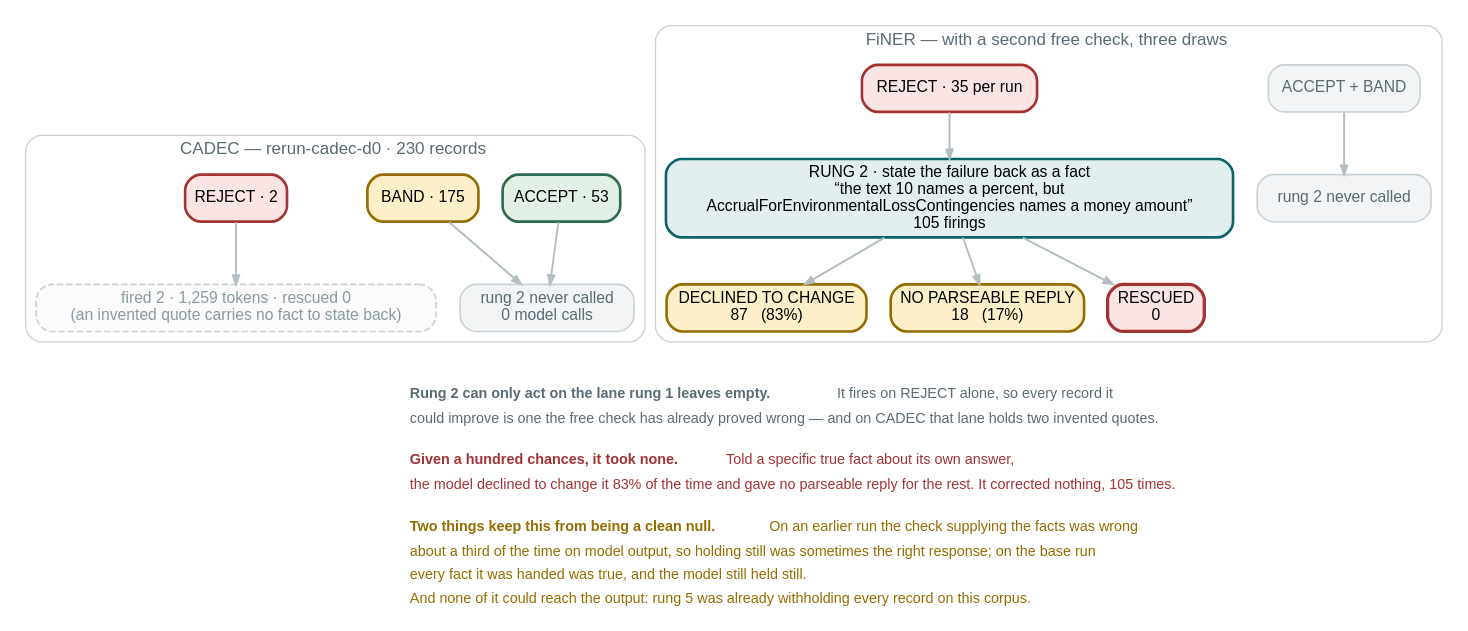
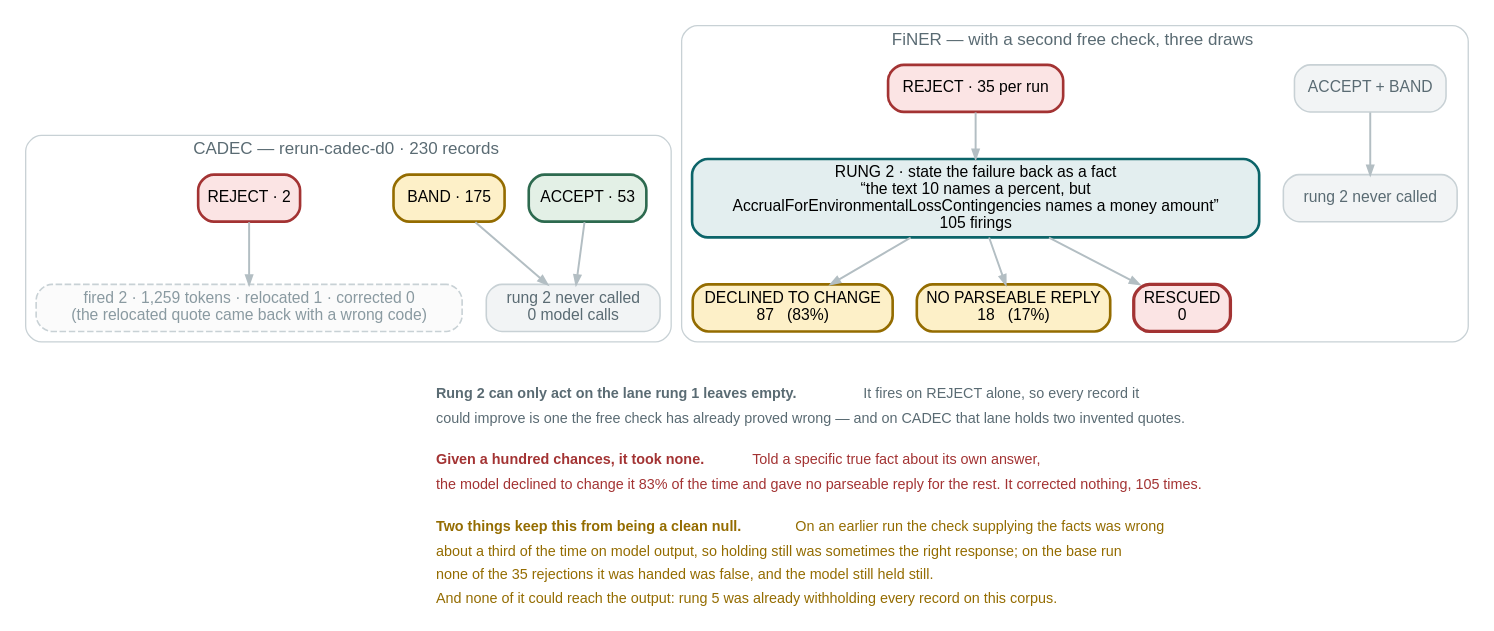
The diagram in docs/figures/fig13-rung2.dot (wbagais/reliability-ladder), drawn with Graphviz before and after one commit. The commit also changed 9 other files, not shown here.

Commit message:
Two-corpus article: the same audit — CADEC corrections ported; FiNER's type-check gold numbers were the test split's (dev: 89.7% typed, 2.7% false rejections), the 47.6 example was outside the dev split, 19.5→Revenues is post-vote, 12 synonyms per concept is one concept; four figures corrected

```diff
--- a/docs/figures/fig13-rung2.dot
+++ b/docs/figures/fig13-rung2.dot
@@ -1,61 +1,61 @@
 // Rung 2 on both corpora. It reads rung 1's verdict and fires on REJECT alone
 // (r2.py:347 — `if verdict != ZONE_REJECT or reason not in cfg["correctable"]`),
 // so ACCEPT and BAND are never touched: no model call, no possible change.
 //
 // CADEC: rerun-cadec-d0, rung 1 lanes as fig10. REJECT holds two invented
-// quotes; rung 2 fired twice (1,259 tokens) and rescued neither.
+// quotes; rung 2 fired twice (1,259 tokens), relocated one quote into BAND with a wrong code, corrected neither.
 // FiNER: the rung 7 arm replayed over the three base draws (rerun-finer-d{0,1,2}-typecheck)
 // — the only configuration in which rung 2 has a real trigger set. 105 firings, 0 rescued.
 //
 // COLOUR KEY — the article's zone colours, unchanged:
 //   green ACCEPT · amber BAND · red REJECT · teal a model runs here
 digraph rung2 {
   rankdir=TB; bgcolor="white";
   node [shape=box style="filled,rounded" fontname="Helvetica" fontsize=12
         color="#c8d1d5" penwidth=1.2];
   edge [color="#b3bec3" penwidth=1.5 arrowsize=0.7 fontname="Helvetica" fontsize=10];
 
   subgraph cluster_c {
     label="  CADEC — rerun-cadec-d0 · 230 records  "; fontname="Helvetica"; fontsize=13;
     color="#c8d1d5"; style=rounded; fontcolor="#5a6b73";
     ca [label="ACCEPT · 53" fillcolor="#e3f0e6" color="#2d6a4f" penwidth=2];
     cb [label="BAND · 175" fillcolor="#fdf0c8" color="#946c00" penwidth=2];
     cr [label="REJECT · 2" fillcolor="#fbe4e4" color="#a33333" penwidth=2];
     cskip [label="rung 2 never called\n0 model calls" fillcolor="#f2f4f5" fontcolor="#5a6b73"];
-    cfire [label="fired 2 · 1,259 tokens · rescued 0\n(an invented quote carries no fact to state back)" fillcolor="#fbfbfb" fontcolor="#8a9aa1" style="filled,rounded,dashed"];
+    cfire [label="fired 2 · 1,259 tokens · relocated 1 · corrected 0\n(the relocated quote came back with a wrong code)" fillcolor="#fbfbfb" fontcolor="#8a9aa1" style="filled,rounded,dashed"];
     ca -> cskip; cb -> cskip; cr -> cfire;
     { rank=same; ca; cb; cr }
   }
 
   subgraph cluster_f {
     label="  FiNER — with a second free check, three draws  "; fontname="Helvetica";
     fontsize=13; color="#c8d1d5"; style=rounded; fontcolor="#5a6b73";
     fa [label="ACCEPT + BAND" fillcolor="#f2f4f5" fontcolor="#5a6b73"];
     fr [label="REJECT · 35 per run" fillcolor="#fbe4e4" color="#a33333" penwidth=2];
     fskip [label="rung 2 never called" fillcolor="#f2f4f5" fontcolor="#5a6b73"];
     f2 [label="RUNG 2 · state the failure back as a fact\n“the text 10 names a percent, but\nAccrualForEnvironmentalLossContingencies names a money amount”\n105 firings"
         fillcolor="#e3eeef" color="#0c6469" penwidth=2];
     unch [label="DECLINED TO CHANGE\n87   (83%)" fillcolor="#fdf0c8" color="#946c00" penwidth=2];
     decl [label="NO PARSEABLE REPLY\n18   (17%)" fillcolor="#fdf0c8" color="#946c00" penwidth=2];
     resc [label="RESCUED\n0" fillcolor="#fbe4e4" color="#a33333" penwidth=2.5];
     fa -> fskip; fr -> f2;
     f2 -> unch; f2 -> decl; f2 -> resc;
     { rank=same; fa; fr }
     { rank=same; unch; decl; resc }
   }
 
   note [shape=plaintext style="" fillcolor="white"
         label=<<TABLE BORDER="0" CELLBORDER="0" CELLSPACING="0" CELLPADDING="3">
         <TR><TD ALIGN="LEFT"><FONT POINT-SIZE="11" COLOR="#5a6b73"><B>Rung 2 can only act on the lane rung 1 leaves empty.</B> It fires on REJECT alone, so every record it</FONT></TD></TR>
         <TR><TD ALIGN="LEFT"><FONT POINT-SIZE="11" COLOR="#5a6b73">could improve is one the free check has already proved wrong — and on CADEC that lane holds two invented quotes.</FONT></TD></TR>
         <TR><TD ALIGN="LEFT"><FONT POINT-SIZE="8"> </FONT></TD></TR>
         <TR><TD ALIGN="LEFT"><FONT POINT-SIZE="11" COLOR="#a33333"><B>Given a hundred chances, it took none.</B> Told a specific true fact about its own answer,</FONT></TD></TR>
         <TR><TD ALIGN="LEFT"><FONT POINT-SIZE="11" COLOR="#a33333">the model declined to change it 83% of the time and gave no parseable reply for the rest. It corrected nothing, 105 times.</FONT></TD></TR>
         <TR><TD ALIGN="LEFT"><FONT POINT-SIZE="8"> </FONT></TD></TR>
         <TR><TD ALIGN="LEFT"><FONT POINT-SIZE="11" COLOR="#946c00"><B>Two things keep this from being a clean null.</B> On an earlier run the check supplying the facts was wrong</FONT></TD></TR>
         <TR><TD ALIGN="LEFT"><FONT POINT-SIZE="11" COLOR="#946c00">about a third of the time on model output, so holding still was sometimes the right response; on the base run</FONT></TD></TR>
-        <TR><TD ALIGN="LEFT"><FONT POINT-SIZE="11" COLOR="#946c00">every fact it was handed was true, and the model still held still.</FONT></TD></TR>
+        <TR><TD ALIGN="LEFT"><FONT POINT-SIZE="11" COLOR="#946c00">none of the 35 rejections it was handed was false, and the model still held still.</FONT></TD></TR>
         <TR><TD ALIGN="LEFT"><FONT POINT-SIZE="11" COLOR="#946c00">And none of it could reach the output: rung 5 was already withholding every record on this corpus.</FONT></TD></TR>
         </TABLE>>];
   cskip -> note [style=invis]; resc -> note [style=invis];
 }
```
